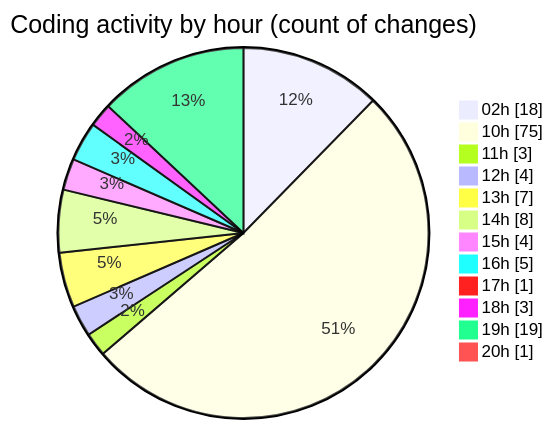
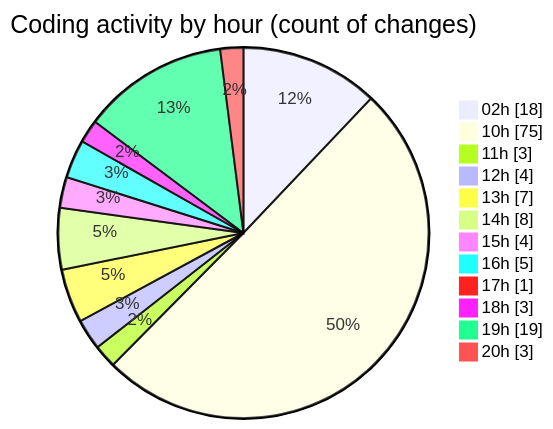
One commit to shibass792/code-tracking changed the second of 2 diagrams in 2026-07-08/twenty_versions_aminor/README.md. Above: the diagram before and after it, drawn with Mermaid. The commit also changed other lines of this file and 1 other file, not shown here.

````diff
--- a/2026-07-08/twenty_versions_aminor/README.md
+++ b/2026-07-08/twenty_versions_aminor/README.md
@@ -48,16 +49,16 @@
 ```mermaid
 pie showData
 title Coding activity by hour (count of changes)
 "02h" : 18
 "10h" : 75
 "11h" : 3
 "12h" : 4
 "13h" : 7
 "14h" : 8
 "15h" : 4
 "16h" : 5
 "17h" : 1
 "18h" : 3
 "19h" : 19
-"20h" : 1
+"20h" : 3
 ```
````
